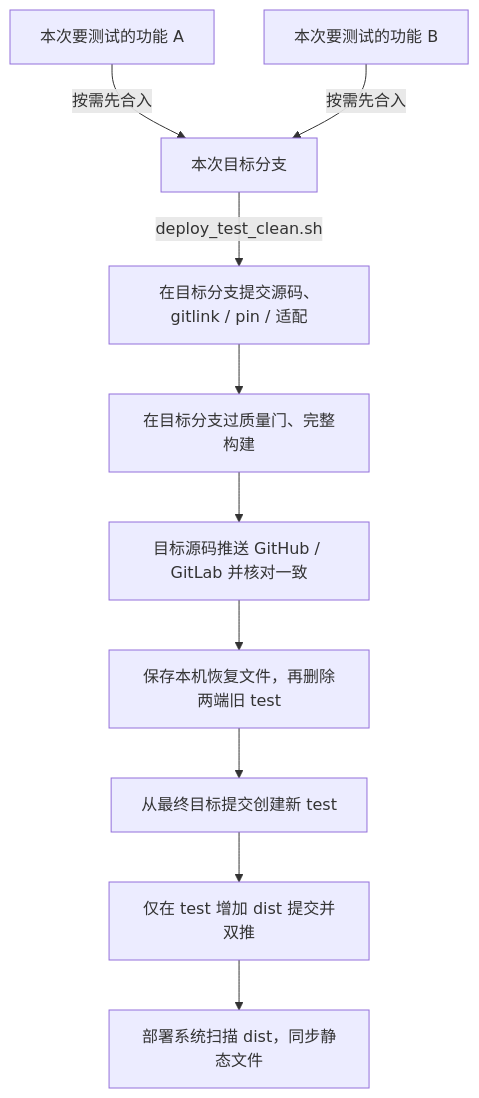
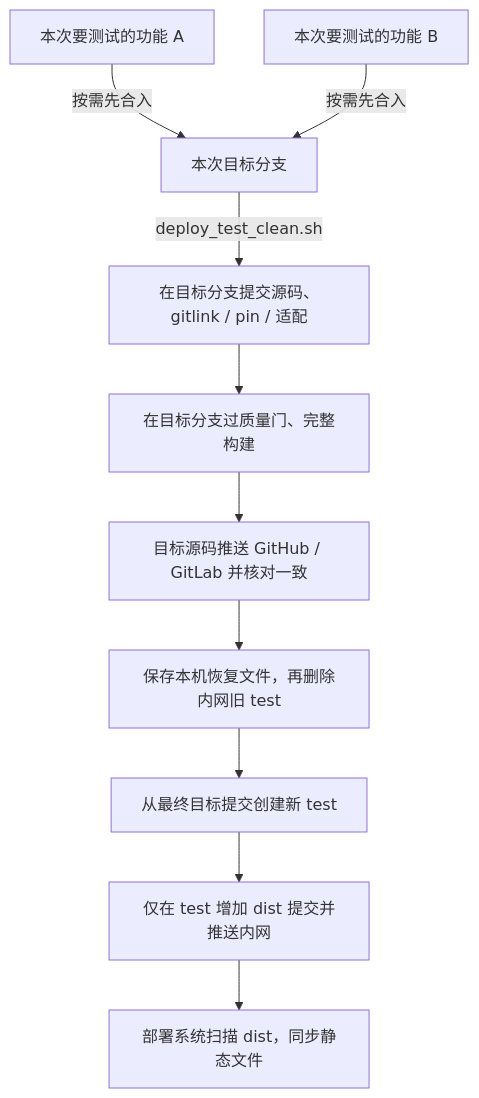
The second of 2 diagrams in docs/deploy-sync-test-runbook.md (nuwax-ai/nuwax), drawn with Mermaid before and after one commit. The commit also changed other lines of this file and 4 other files, not shown here.

````diff
--- a/docs/deploy-sync-test-runbook.md
+++ b/docs/deploy-sync-test-runbook.md
@@ -31,12 +31,12 @@
 ```mermaid
 flowchart TD
   A["本次要测试的功能 A"] -->|按需先合入| T["本次目标分支"]
   B["本次要测试的功能 B"] -->|按需先合入| T
   T -->|deploy_test_clean.sh| S["在目标分支提交源码、gitlink / pin / 适配"]
   S --> G["在目标分支过质量门、完整构建"]
   G --> U["目标源码推送 GitHub / GitLab 并核对一致"]
-  U --> K["保存本机恢复文件，再删除两端旧 test"]
+  U --> K["保存本机恢复文件，再删除内网旧 test"]
   K --> N["从最终目标提交创建新 test"]
-  N --> P["仅在 test 增加 dist 提交并双推"]
+  N --> P["仅在 test 增加 dist 提交并推送内网"]
   P --> E["部署系统扫描 dist，同步静态文件"]
 ```
````
